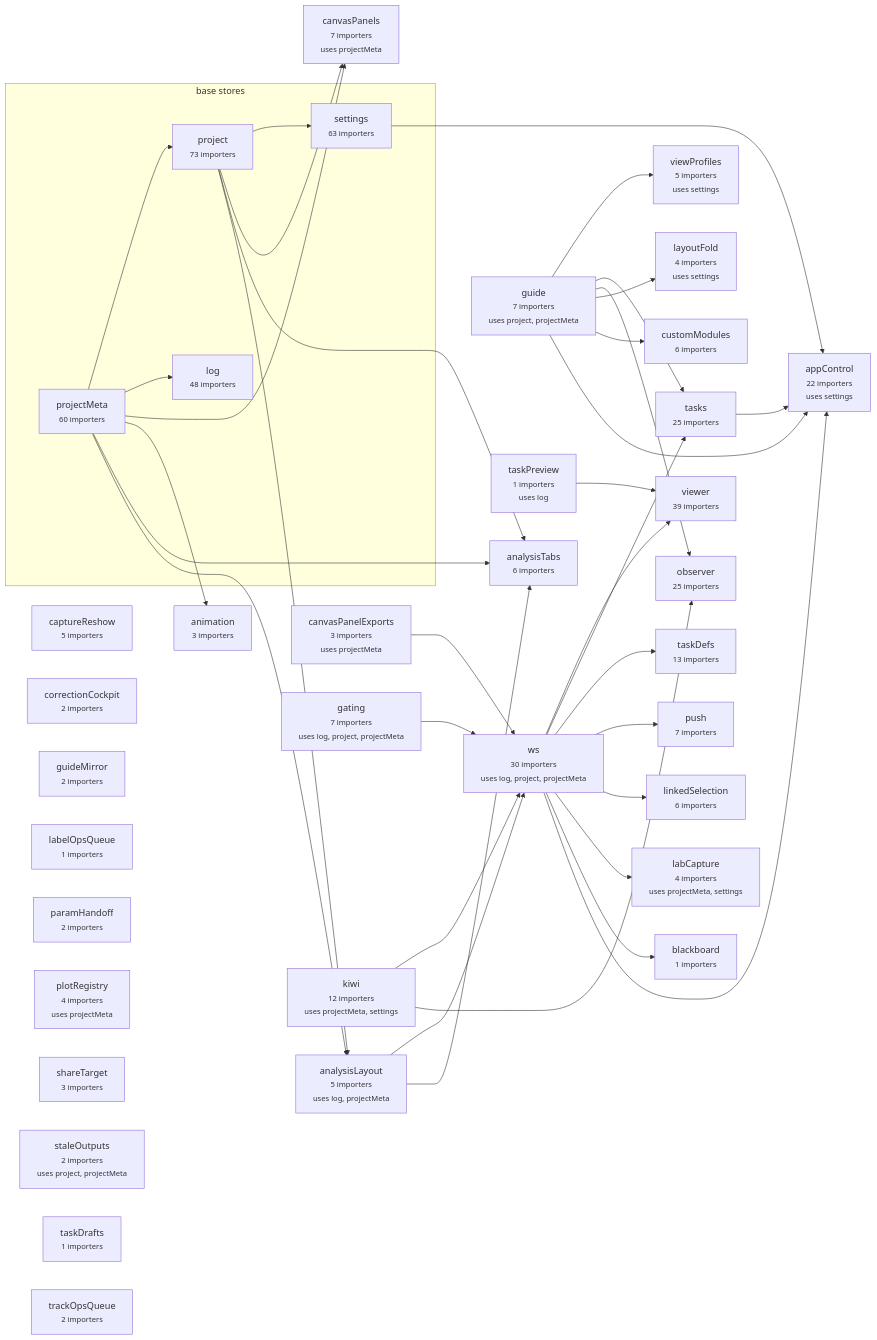
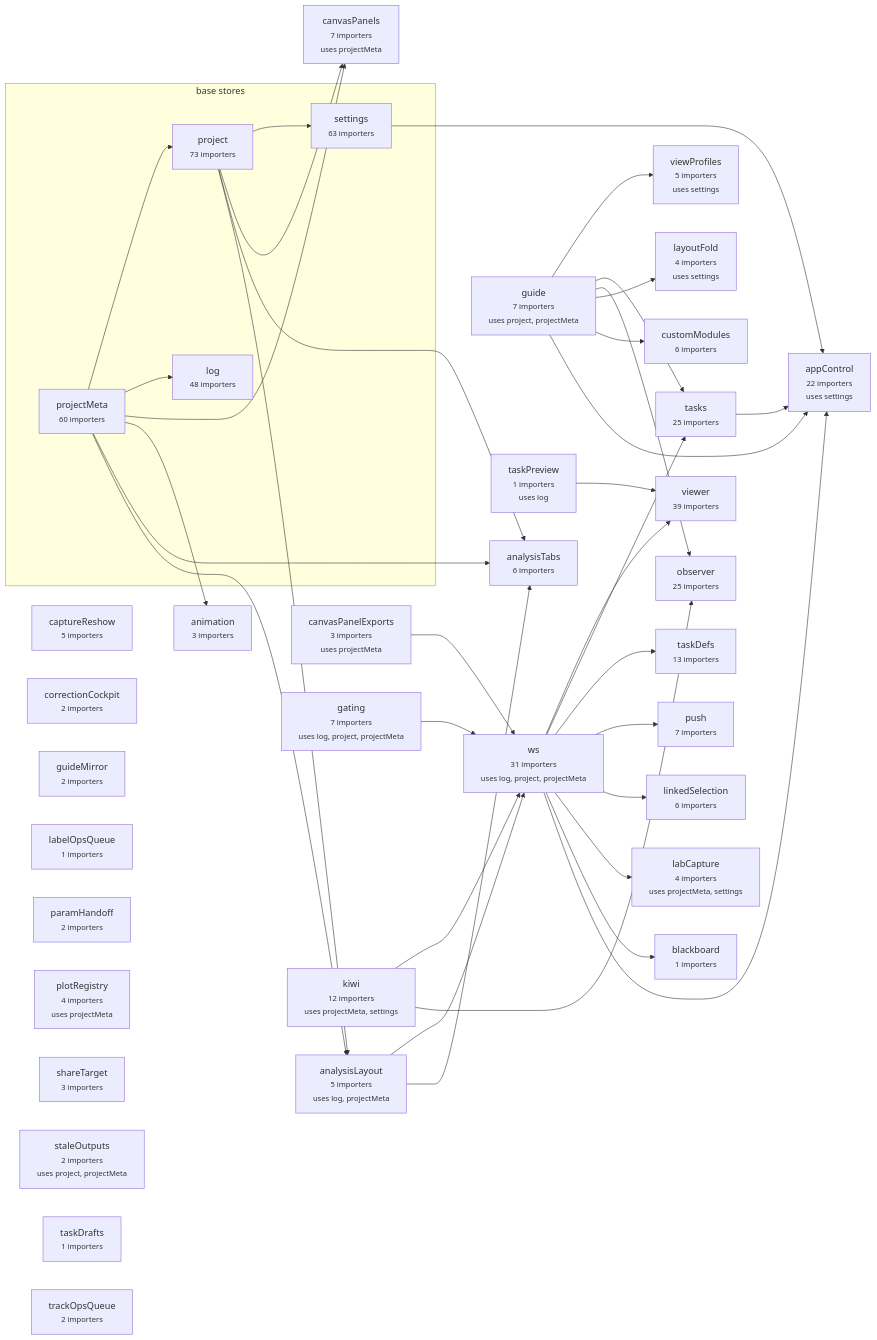
One commit to schienstockd/cecelia changed the diagram in docs/architecture/vue/stores.md. Above: the diagram before and after it, drawn with Mermaid. The commit also changed other lines of this file and 19 other files, not shown here.

````diff
--- a/docs/architecture/vue/stores.md
+++ b/docs/architecture/vue/stores.md
@@ -12,74 +12,74 @@
 ```mermaid
 flowchart LR
   subgraph BASE["base stores"]
     log["log<br/><small>48 importers</small>"]
     project["project<br/><small>73 importers</small>"]
     projectMeta["projectMeta<br/><small>60 importers</small>"]
     settings["settings<br/><small>63 importers</small>"]
   end
   analysisLayout["analysisLayout<br/><small>5 importers</small><br/><small>uses log, projectMeta</small>"]
   analysisTabs["analysisTabs<br/><small>6 importers</small>"]
   animation["animation<br/><small>3 importers</small>"]
   appControl["appControl<br/><small>22 importers</small><br/><small>uses settings</small>"]
   blackboard["blackboard<br/><small>1 importers</small>"]
   canvasPanelExports["canvasPanelExports<br/><small>3 importers</small><br/><small>uses projectMeta</small>"]
   canvasPanels["canvasPanels<br/><small>7 importers</small><br/><small>uses projectMeta</small>"]
   captureReshow["captureReshow<br/><small>5 importers</small>"]
   correctionCockpit["correctionCockpit<br/><small>2 importers</small>"]
   customModules["customModules<br/><small>6 importers</small>"]
   gating["gating<br/><small>7 importers</small><br/><small>uses log, project, projectMeta</small>"]
   guide["guide<br/><small>7 importers</small><br/><small>uses project, projectMeta</small>"]
   guideMirror["guideMirror<br/><small>2 importers</small>"]
   kiwi["kiwi<br/><small>12 importers</small><br/><small>uses projectMeta, settings</small>"]
   labCapture["labCapture<br/><small>4 importers</small><br/><small>uses projectMeta, settings</small>"]
   labelOpsQueue["labelOpsQueue<br/><small>1 importers</small>"]
   layoutFold["layoutFold<br/><small>4 importers</small><br/><small>uses settings</small>"]
   linkedSelection["linkedSelection<br/><small>6 importers</small>"]
   observer["observer<br/><small>25 importers</small>"]
   paramHandoff["paramHandoff<br/><small>2 importers</small>"]
   plotRegistry["plotRegistry<br/><small>4 importers</small><br/><small>uses projectMeta</small>"]
   push["push<br/><small>7 importers</small>"]
   shareTarget["shareTarget<br/><small>3 importers</small>"]
   staleOutputs["staleOutputs<br/><small>2 importers</small><br/><small>uses project, projectMeta</small>"]
   taskDefs["taskDefs<br/><small>13 importers</small>"]
   taskDrafts["taskDrafts<br/><small>1 importers</small>"]
   taskPreview["taskPreview<br/><small>1 importers</small><br/><small>uses log</small>"]
   tasks["tasks<br/><small>25 importers</small>"]
   trackOpsQueue["trackOpsQueue<br/><small>2 importers</small>"]
   viewProfiles["viewProfiles<br/><small>5 importers</small><br/><small>uses settings</small>"]
   viewer["viewer<br/><small>39 importers</small>"]
-  ws["ws<br/><small>30 importers</small><br/><small>uses log, project, projectMeta</small>"]
+  ws["ws<br/><small>31 importers</small><br/><small>uses log, project, projectMeta</small>"]
   analysisLayout --> analysisTabs
   analysisLayout --> ws
   canvasPanelExports --> ws
   gating --> ws
   guide --> appControl
   guide --> customModules
   guide --> layoutFold
   guide --> observer
   guide --> tasks
   guide --> viewProfiles
   kiwi --> observer
   kiwi --> ws
   project --> analysisLayout
   project --> analysisTabs
   project --> canvasPanels
   project --> settings
   projectMeta --> analysisLayout
   projectMeta --> analysisTabs
   projectMeta --> animation
   projectMeta --> canvasPanels
   projectMeta --> log
   projectMeta --> project
   settings --> appControl
   taskPreview --> viewer
   tasks --> appControl
   ws --> appControl
   ws --> blackboard
   ws --> labCapture
   ws --> linkedSelection
   ws --> push
   ws --> taskDefs
   ws --> tasks
   ws --> viewer
 ```
````
